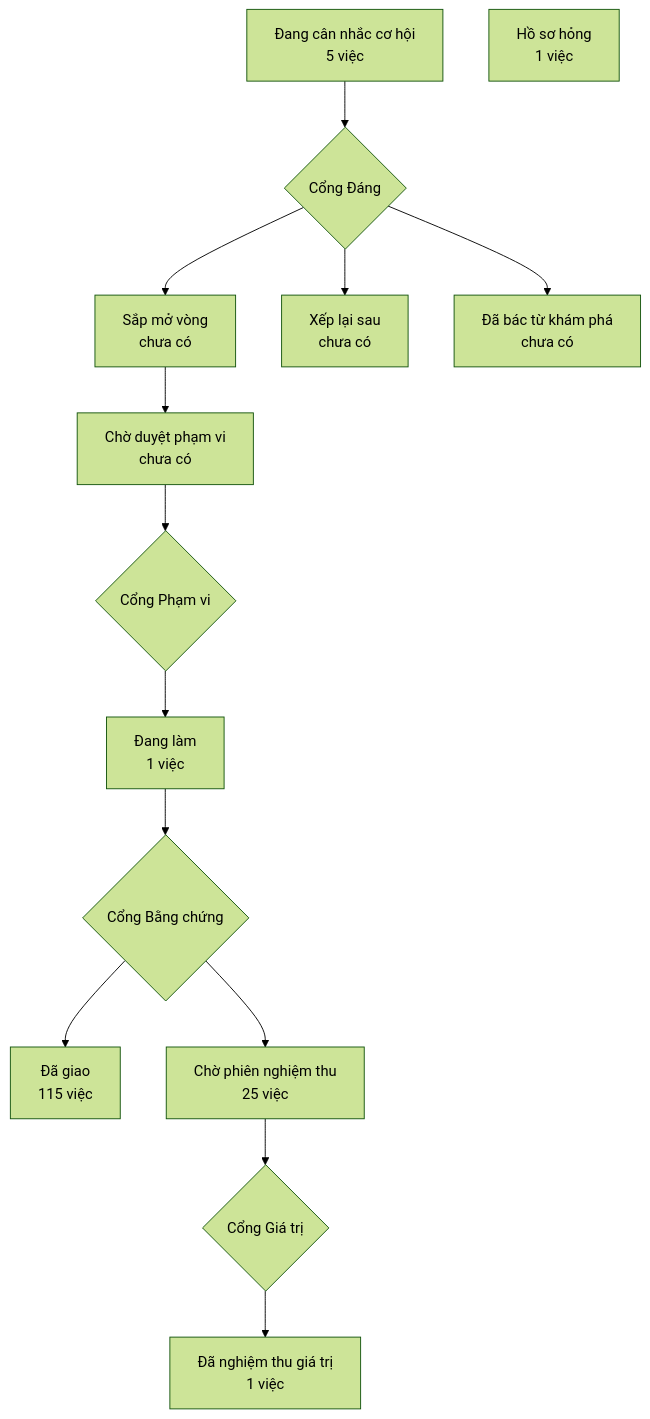
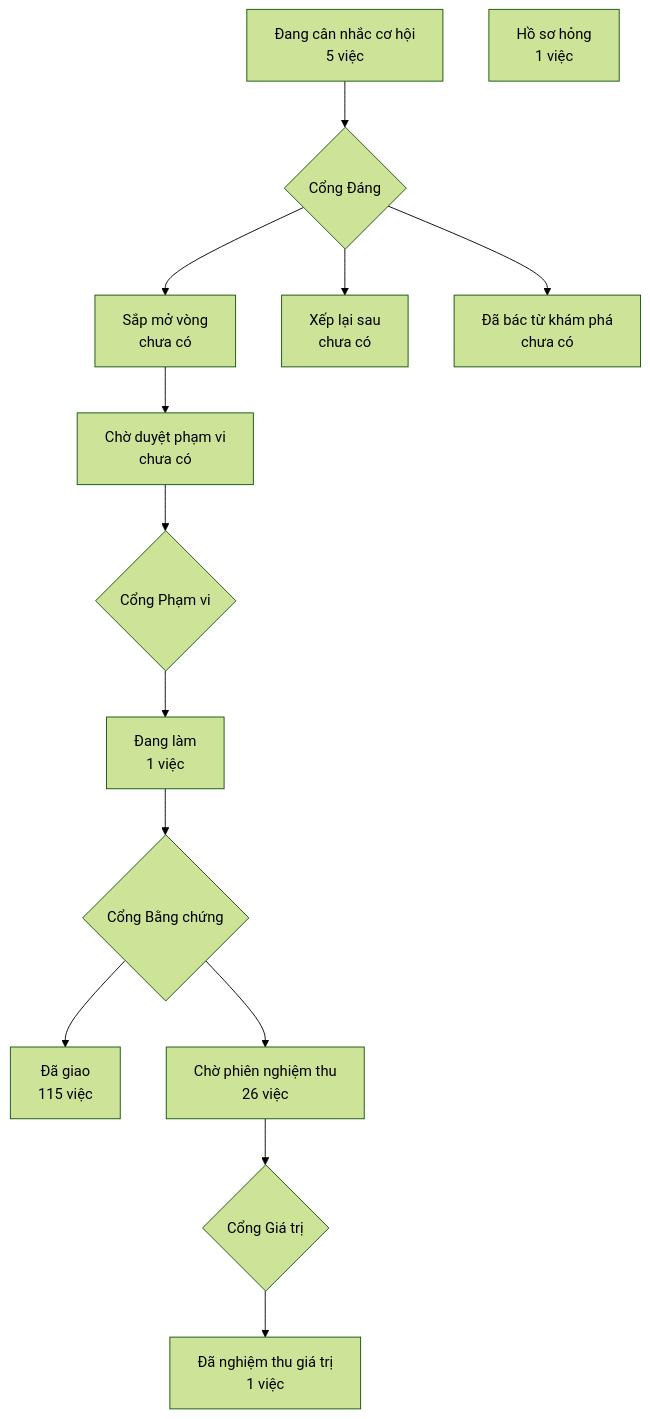
Before and after one commit to phanlemanh/crm-onehub: the diagram in PRODUCT-MAP.md, drawn with Mermaid (forest theme). The commit also changed other lines of this file, not shown here.

Commit message:
chore(acceptance): vẽ lại bản đồ sản phẩm sau gộp onehub

````diff
--- a/PRODUCT-MAP.md
+++ b/PRODUCT-MAP.md
@@ -6,13 +6,13 @@
 ```mermaid
 flowchart TD
   A["Đang cân nhắc cơ hội<br/>5 việc"] --> GD{"Cổng Đáng"}
   GD --> B["Sắp mở vòng<br/>chưa có"]
   GD --> XL["Xếp lại sau<br/>chưa có"]
   GD --> DB["Đã bác từ khám phá<br/>chưa có"]
   B --> CD["Chờ duyệt phạm vi<br/>chưa có"] --> GP{"Cổng Phạm vi"}
   GP --> DL["Đang làm<br/>1 việc"] --> GB{"Cổng Bằng chứng"}
   GB --> DG["Đã giao<br/>115 việc"]
-  GB --> CN["Chờ phiên nghiệm thu<br/>25 việc"] --> GG{"Cổng Giá trị"}
+  GB --> CN["Chờ phiên nghiệm thu<br/>26 việc"] --> GG{"Cổng Giá trị"}
   GG --> NT["Đã nghiệm thu giá trị<br/>1 việc"]
   HS["Hồ sơ hỏng<br/>1 việc"]
 ```
````
